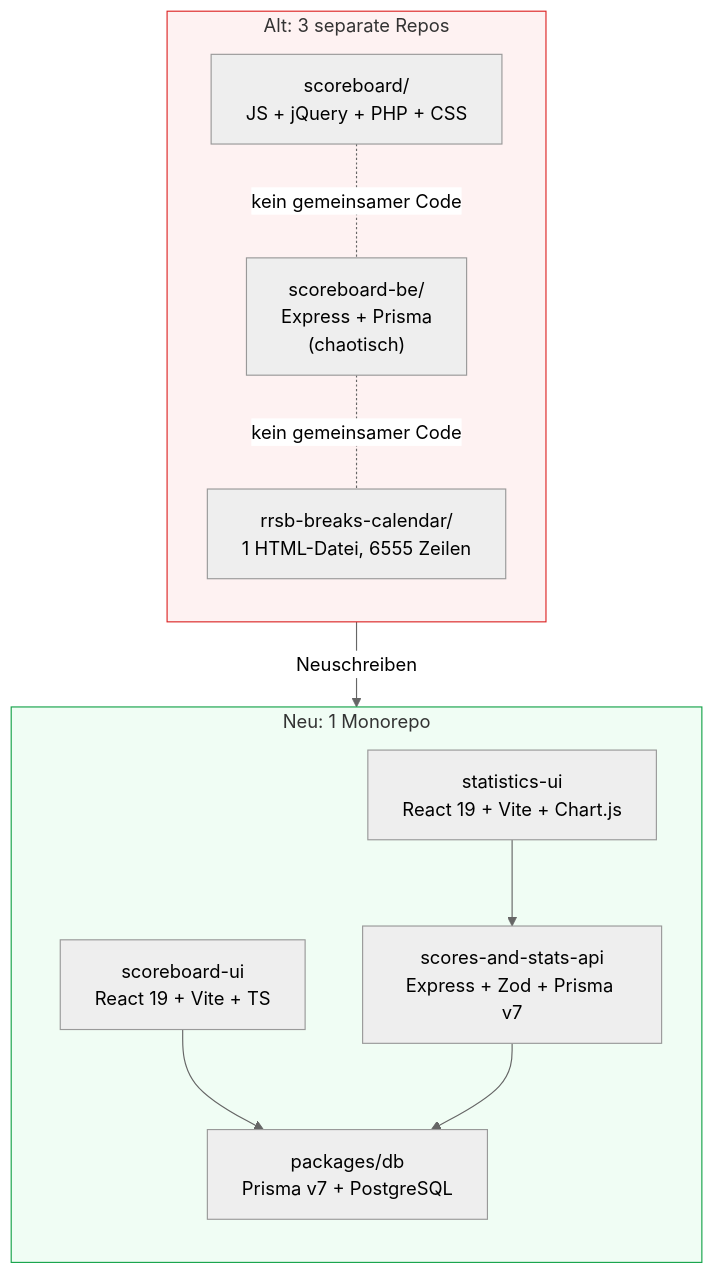
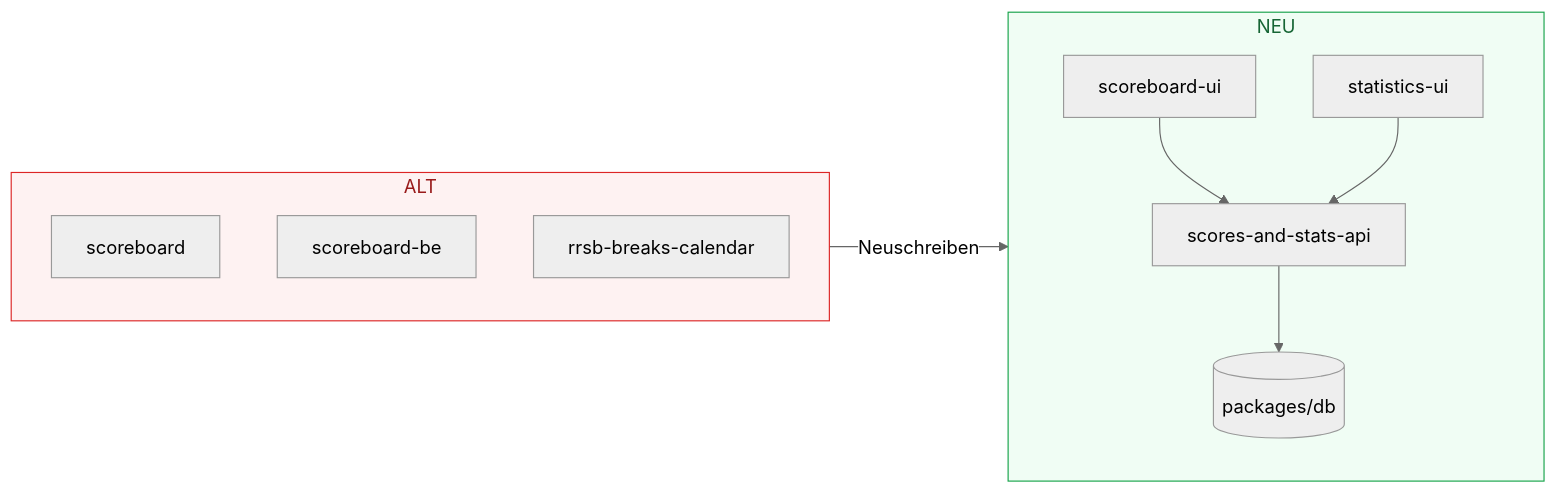
Before and after one commit to dennisfurrer/rrsb-mono: the diagram in apps/docs/src/content/docs/de/overview/tech-stack.md, drawn with Mermaid (neutral theme). The commit also changed 13 other files, not shown here.

````diff
--- a/apps/docs/src/content/docs/de/overview/tech-stack.md
+++ b/apps/docs/src/content/docs/de/overview/tech-stack.md
@@ -8,27 +8,25 @@
 ```mermaid
-flowchart TB
-    subgraph old ["Alt: 3 separate Repos"]
+flowchart LR
+    subgraph old [" ALT "]
         direction TB
-        O1["scoreboard/\nJS + jQuery + PHP + CSS"]
-        O2["scoreboard-be/\nExpress + Prisma\n(chaotisch)"]
-        O3["rrsb-breaks-calendar/\n1 HTML-Datei, 6555 Zeilen"]
-        O1 -. "kein gemeinsamer Code" .- O2
-        O2 -. "kein gemeinsamer Code" .- O3
+        O1[scoreboard]
+        O2[scoreboard-be]
+        O3[rrsb-breaks-calendar]
     end
 
-    subgraph new ["Neu: 1 Monorepo"]
+    old -- Neuschreiben --> new
+
+    subgraph new [" NEU "]
         direction TB
-        N1["scoreboard-ui\nReact 19 + Vite + TS"]
-        N2["scores-and-stats-api\nExpress + Zod + Prisma v7"]
-        N3["statistics-ui\nReact 19 + Vite + Chart.js"]
-        DB["packages/db\nPrisma v7 + PostgreSQL"]
-        N1 --> DB
+        N1[scoreboard-ui]
+        N2[scores-and-stats-api]
+        N3[statistics-ui]
+        DB[(packages/db)]
+        N1 --> N2
+        N3 --> N2
         N2 --> DB
-        N3 --> N2
     end
 
-    old -- "Neuschreiben" --> new
-
-    style old fill:#fef2f2,stroke:#dc2626
-    style new fill:#f0fdf4,stroke:#16a34a
+    style old fill:#fef2f2,stroke:#dc2626,color:#991b1b
+    style new fill:#f0fdf4,stroke:#16a34a,color:#166534
 ```
````
